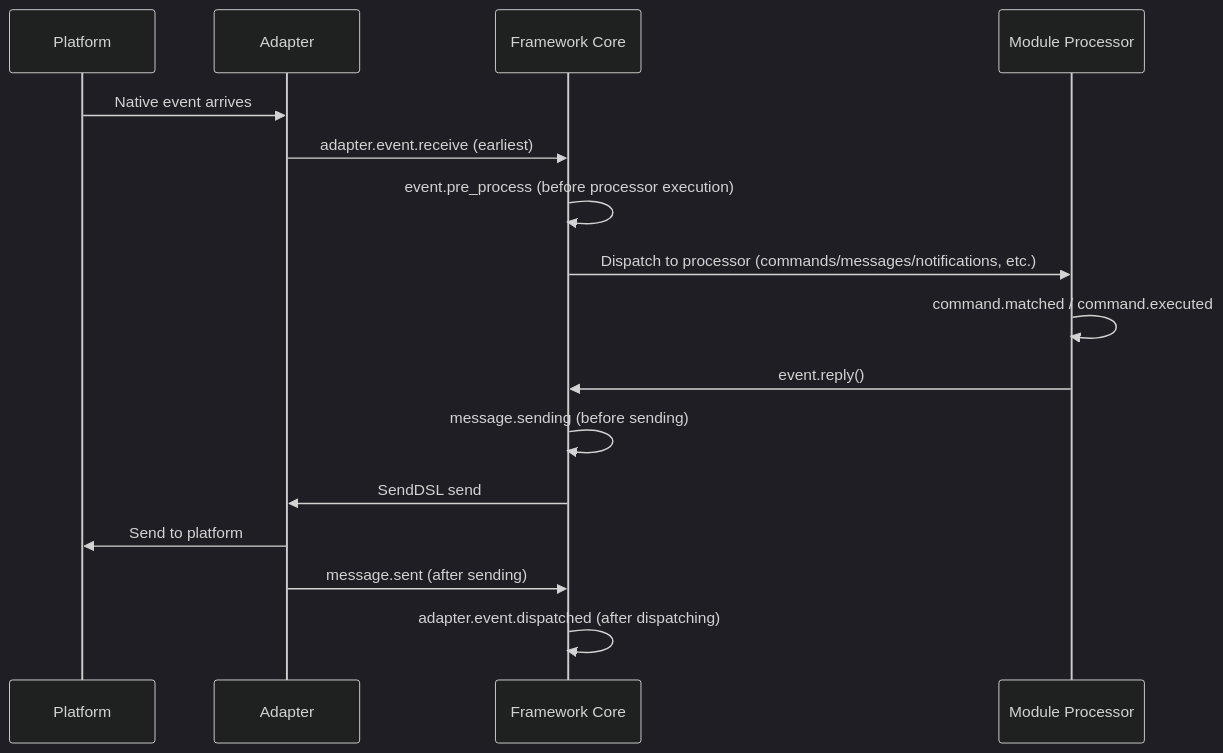
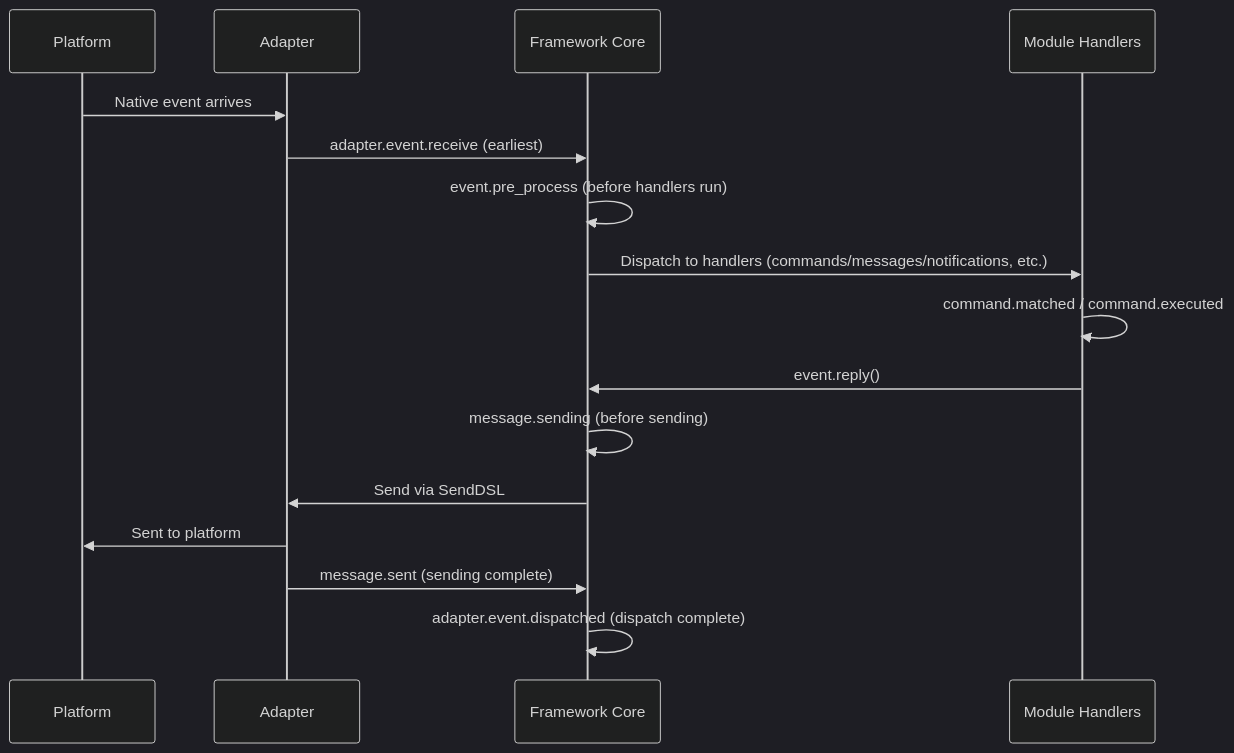
The diagram in docs/en/advanced/lifecycle.md (ErisPulse/ErisPulse), drawn with Mermaid (dark theme) before and after one commit. The commit also changed other lines of this file and 105 other files, not shown here.

````diff
--- a/docs/en/advanced/lifecycle.md
+++ b/docs/en/advanced/lifecycle.md
@@ -124,19 +128,19 @@
 ```mermaid
 sequenceDiagram
     participant P as Platform
     participant A as Adapter
     participant F as Framework Core
-    participant M as Module Processor
+    participant M as Module Handlers
 
     P->>A: Native event arrives
     A->>F: adapter.event.receive (earliest)
-    F->>F: event.pre_process (before processor execution)
-    F->>M: Dispatch to processor (commands/messages/notifications, etc.)
+    F->>F: event.pre_process (before handlers run)
+    F->>M: Dispatch to handlers (commands/messages/notifications, etc.)
     M->>M: command.matched / command.executed
     M->>F: event.reply()
     F->>F: message.sending (before sending)
-    F->>A: SendDSL send
-    A->>P: Send to platform
-    A->>F: message.sent (after sending)
-    F->>F: adapter.event.dispatched (after dispatching)
+    F->>A: Send via SendDSL
+    A->>P: Sent to platform
+    A->>F: message.sent (sending complete)
+    F->>F: adapter.event.dispatched (dispatch complete)
 ```
````
